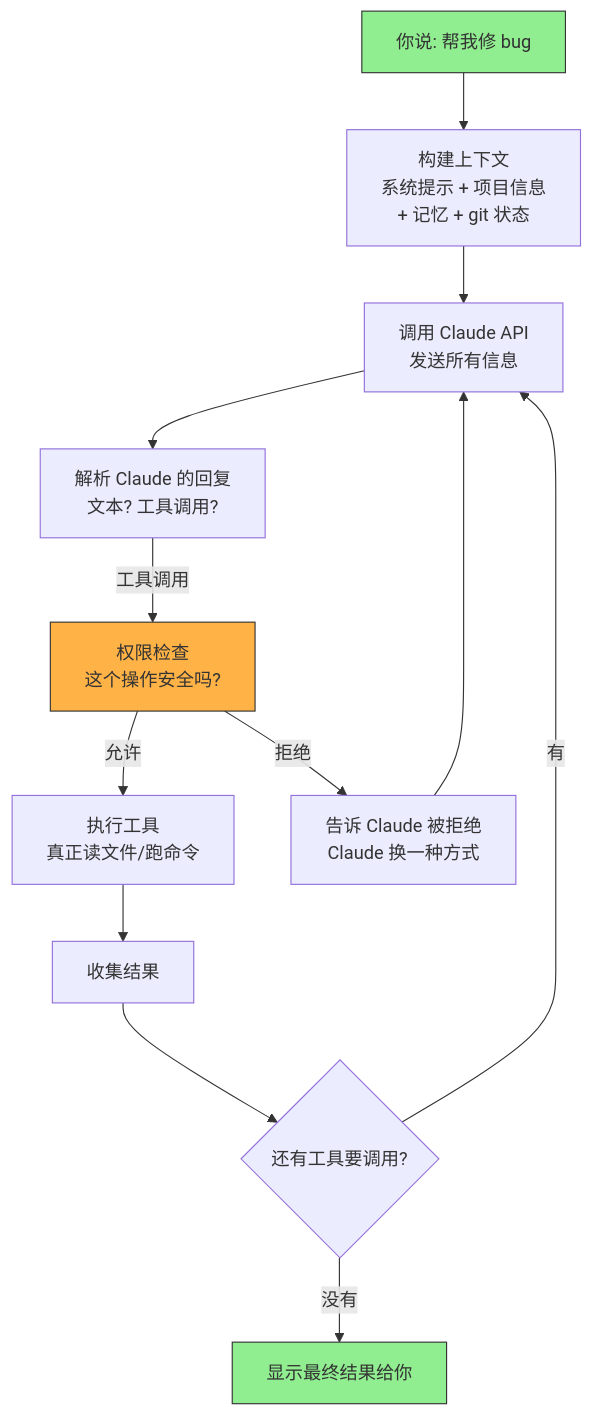
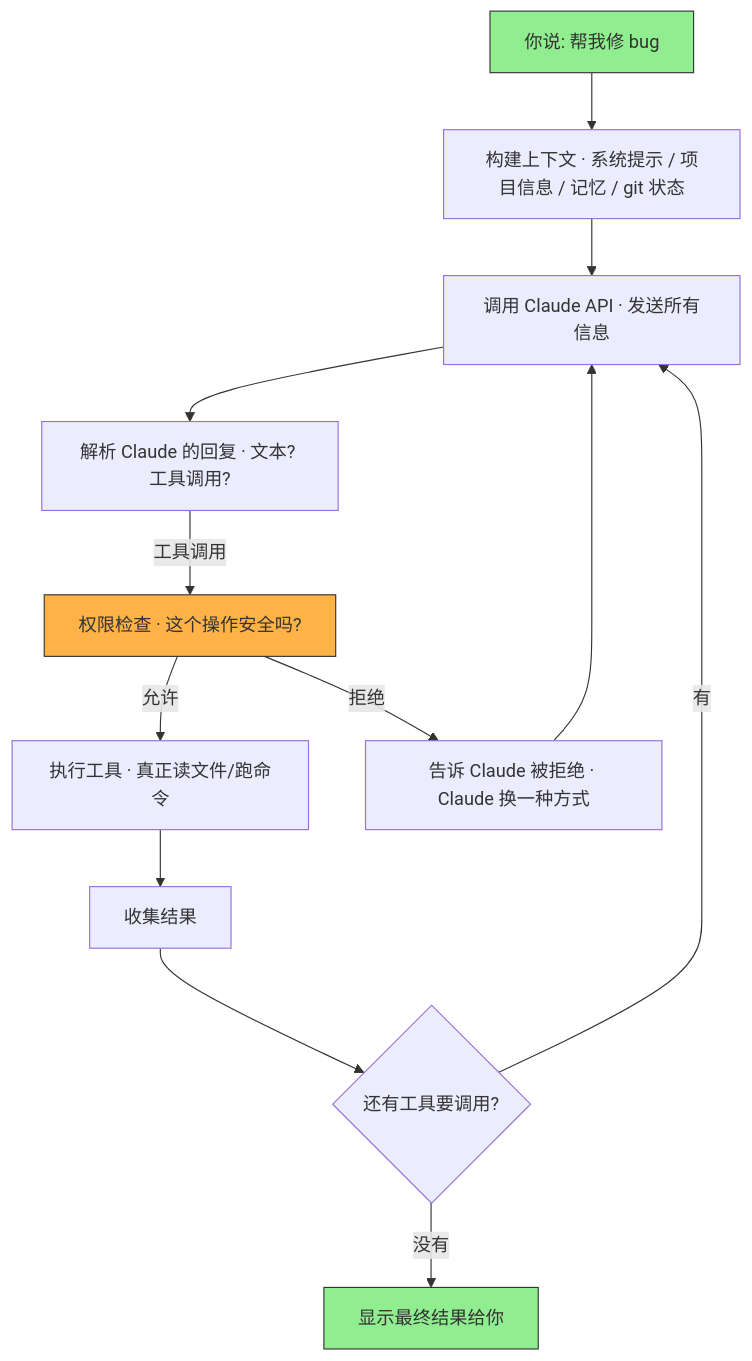
One commit to turf0909/sleep-code changed the second of 30 diagrams in CLAUDE_CODE_BOOK.md. Above: the diagram before and after it, drawn with Mermaid. The commit also changed other lines of this file, not shown here.

First line of the commit message:
docs: major expansion and fact-check of Claude Code architecture book

````diff
--- a/CLAUDE_CODE_BOOK.md
+++ b/CLAUDE_CODE_BOOK.md
@@ -174,18 +171,18 @@
 ```mermaid
 flowchart TD
-    INPUT["你说: 帮我修 bug"] --> PROMPT["构建上下文<br/>系统提示 + 项目信息<br/>+ 记忆 + git 状态"]
-    PROMPT --> API["调用 Claude API<br/>发送所有信息"]
-    API --> PARSE["解析 Claude 的回复<br/>文本? 工具调用?"]
-    PARSE -->|"工具调用"| PERM["权限检查<br/>这个操作安全吗?"]
-    PERM -->|"允许"| EXEC["执行工具<br/>真正读文件/跑命令"]
-    PERM -->|"拒绝"| DENY["告诉 Claude 被拒绝<br/>Claude 换一种方式"]
+    INPUT["你说: 帮我修 bug"] --> PROMPT["构建上下文 · 系统提示 / 项目信息 / 记忆 / git 状态"]
+    PROMPT --> API["调用 Claude API · 发送所有信息"]
+    API --> PARSE["解析 Claude 的回复 · 文本? 工具调用?"]
+    PARSE -->|"工具调用"| PERM["权限检查 · 这个操作安全吗?"]
+    PERM -->|"允许"| EXEC["执行工具 · 真正读文件/跑命令"]
+    PERM -->|"拒绝"| DENY["告诉 Claude 被拒绝 · Claude 换一种方式"]
     EXEC --> RESULT["收集结果"]
     RESULT --> LOOP{"还有工具要调用?"}
     LOOP -->|"有"| API
     LOOP -->|"没有"| DISPLAY["显示最终结果给你"]
     DENY --> API
 
     style INPUT fill:#90EE90,stroke:#333,color:#333
     style DISPLAY fill:#90EE90,stroke:#333,color:#333
     style PERM fill:#FFB347,stroke:#333,color:#333
 ```
````
